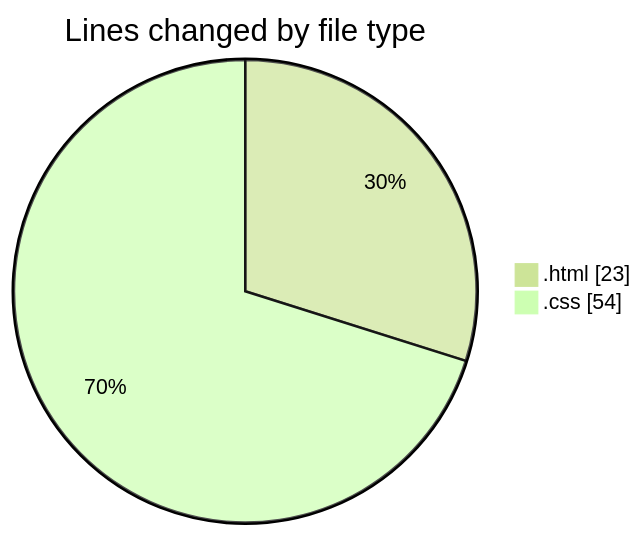
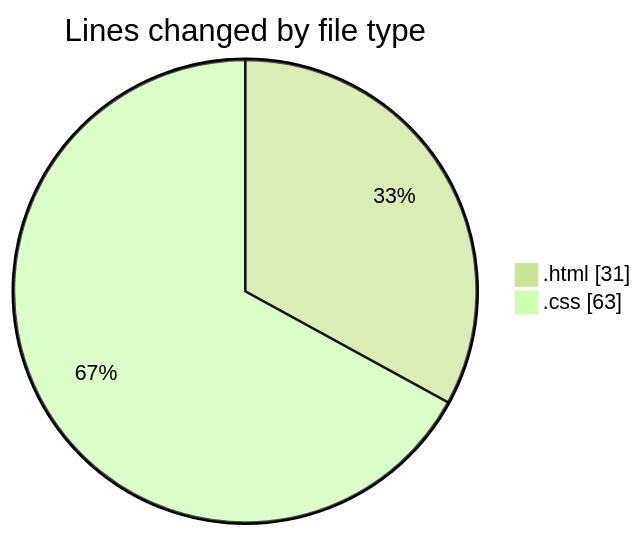
The first of 2 diagrams in 2025-01-10/primeiro-site/README.md (robertbonfada/code-tracking), drawn with Mermaid (forest theme) before and after one commit. The commit also changed other lines of this file and 1 other file, not shown here.

````diff
--- a/2025-01-10/primeiro-site/README.md
+++ b/2025-01-10/primeiro-site/README.md
@@ -22,6 +22,6 @@
 ```mermaid
 pie showData
 title Lines changed by file type
-".html" : 23
-".css" : 54
+".html" : 31
+".css" : 63
 ```
````
